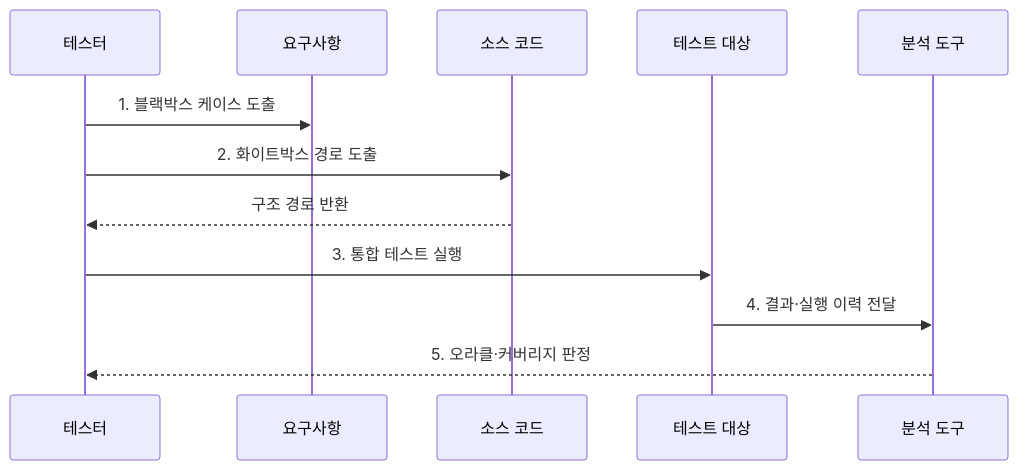
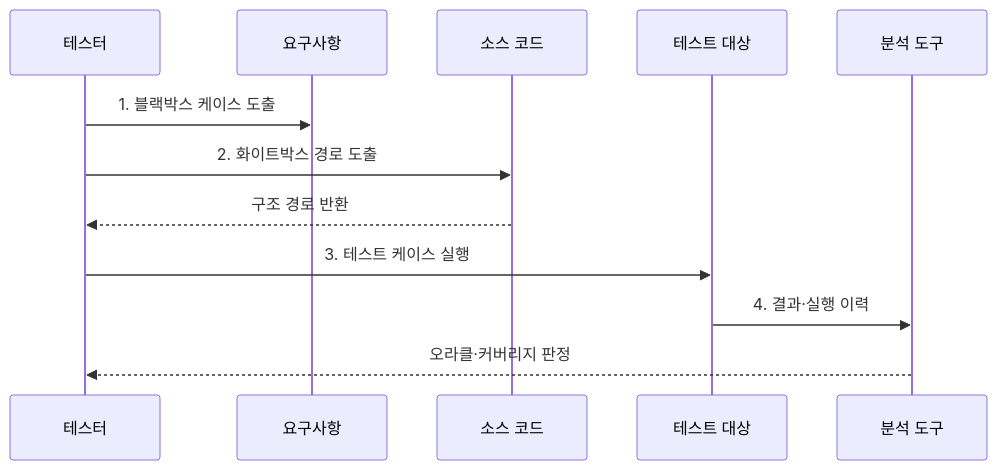
The second of 2 diagrams in src/content/docs/notes/03-software/060_whitebox_blackbox_testing.md (agnusdei1207/knowledge-base), drawn with Mermaid before and after one commit. The commit also changed other lines of this file and 20 other files, not shown here.

````diff
--- a/src/content/docs/notes/03-software/060_whitebox_blackbox_testing.md
+++ b/src/content/docs/notes/03-software/060_whitebox_blackbox_testing.md
@@ -81,14 +81,14 @@
 ```mermaid
 sequenceDiagram
     participant T as 테스터
     participant R as 요구사항
     participant C as 소스 코드
     participant S as 테스트 대상
     participant A as 분석 도구
     T->>R: 1. 블랙박스 케이스 도출
     T->>C: 2. 화이트박스 경로 도출
     C-->>T: 구조 경로 반환
-    T->>S: 3. 통합 테스트 실행
-    S->>A: 4. 결과·실행 이력 전달
-    A-->>T: 5. 오라클·커버리지 판정
+    T->>S: 3. 테스트 케이스 실행
+    S->>A: 4. 결과·실행 이력
+    A-->>T: 오라클·커버리지 판정
 ```
````
